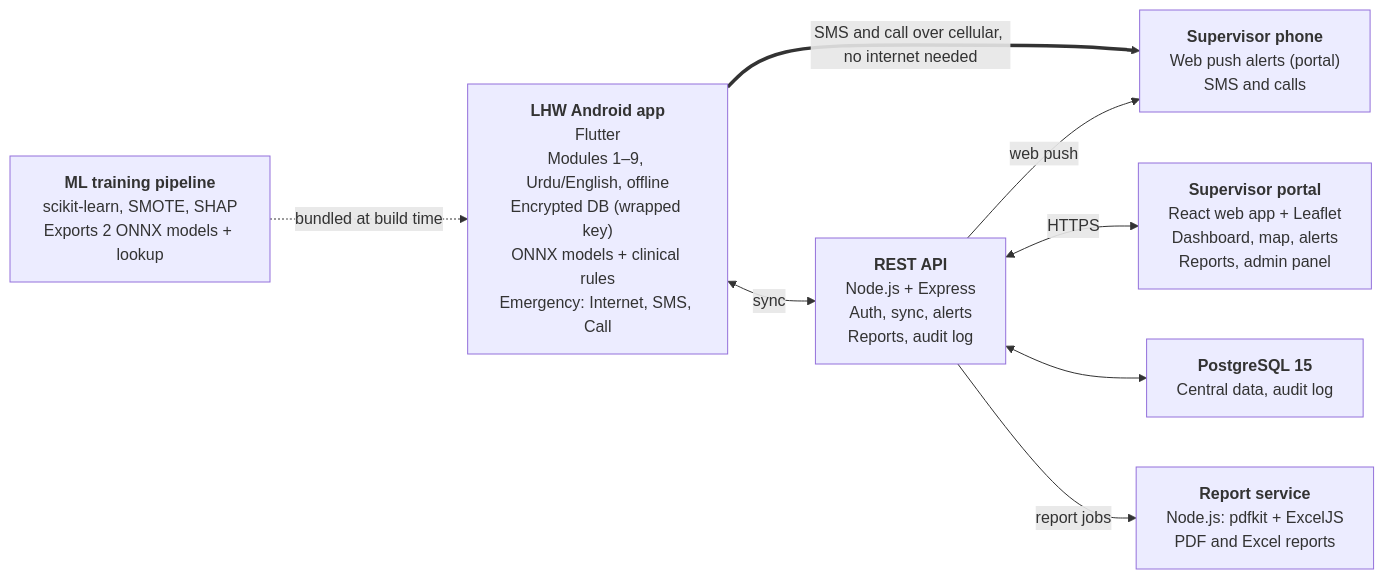
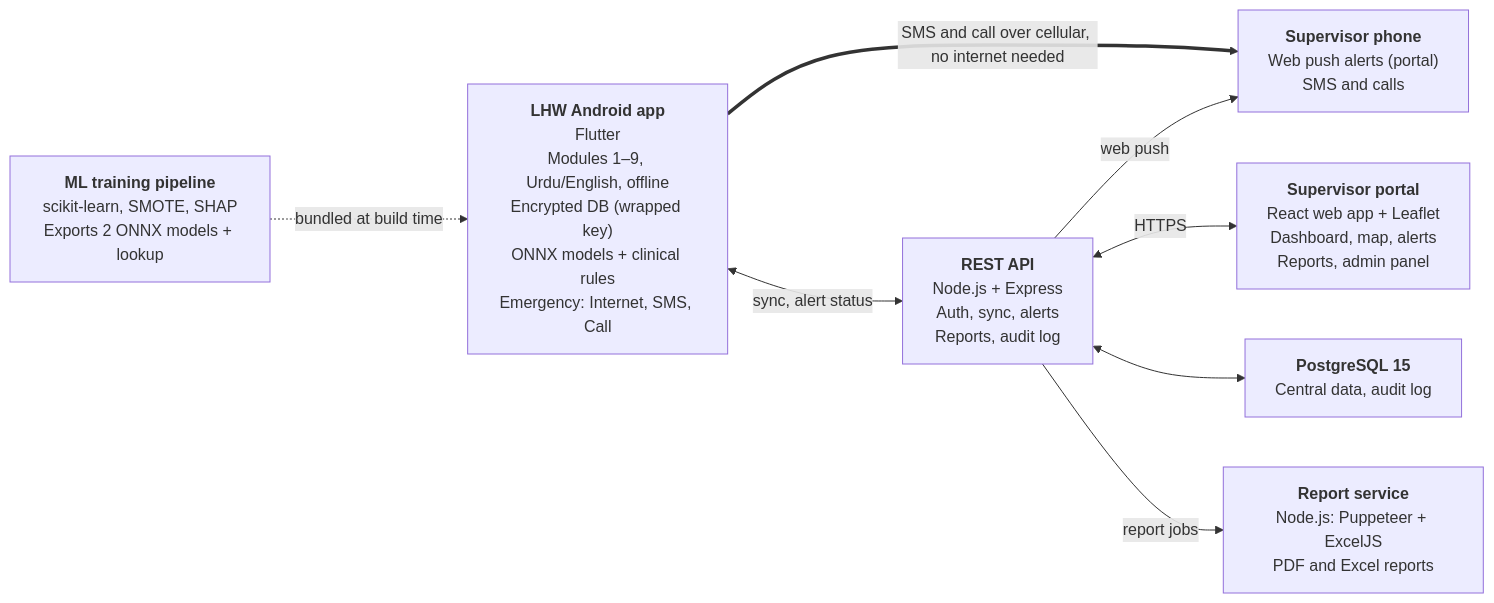
One commit to ZainAbbas-dev/MediQore changed the diagram in docs/roadmap.md. Above: the diagram before and after it, drawn with Mermaid. The commit also changed other lines of this file and 7 other files, not shown here.

First line of the commit message:
Docs: updated final scope and roadmap of 20 Oct 2026

````diff
--- a/docs/roadmap.md
+++ b/docs/roadmap.md
@@ -34,18 +34,18 @@
 ```mermaid
 flowchart LR
     app["<b>LHW Android app</b><br/>Flutter<br/>Modules 1–9, Urdu/English, offline<br/>Encrypted DB (wrapped key)<br/>ONNX models + clinical rules<br/>Emergency: Internet, SMS, Call"]
     api["<b>REST API</b><br/>Node.js + Express<br/>Auth, sync, alerts<br/>Reports, audit log"]
     portal["<b>Supervisor portal</b><br/>React web app + Leaflet<br/>Dashboard, map, alerts<br/>Reports, admin panel"]
     phone["<b>Supervisor phone</b><br/>Web push alerts (portal)<br/>SMS and calls"]
     ml["<b>ML training pipeline</b><br/>scikit-learn, SMOTE, SHAP<br/>Exports 2 ONNX models + lookup"]
     db["<b>PostgreSQL 15</b><br/>Central data, audit log"]
-    reports["<b>Report service</b><br/>Node.js: pdfkit + ExcelJS<br/>PDF and Excel reports"]
+    reports["<b>Report service</b><br/>Node.js: Puppeteer + ExcelJS<br/>PDF and Excel reports"]
 
     app ==>|"SMS and call over cellular, no internet needed"| phone
-    app <-->|sync| api
+    app <-->|"sync, alert status"| api
     api <-->|HTTPS| portal
     api -->|web push| phone
     ml -.->|bundled at build time| app
     api <--> db
     api -->|report jobs| reports
 ```
````
